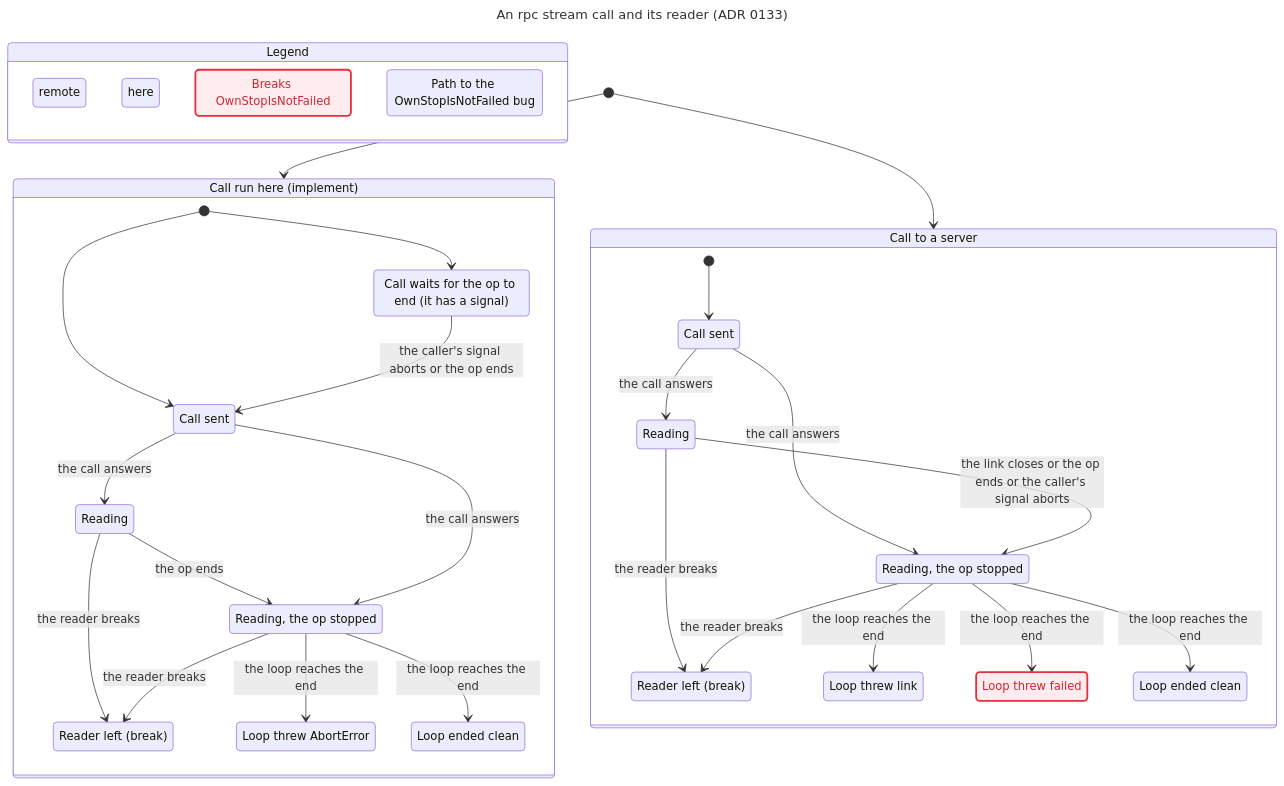
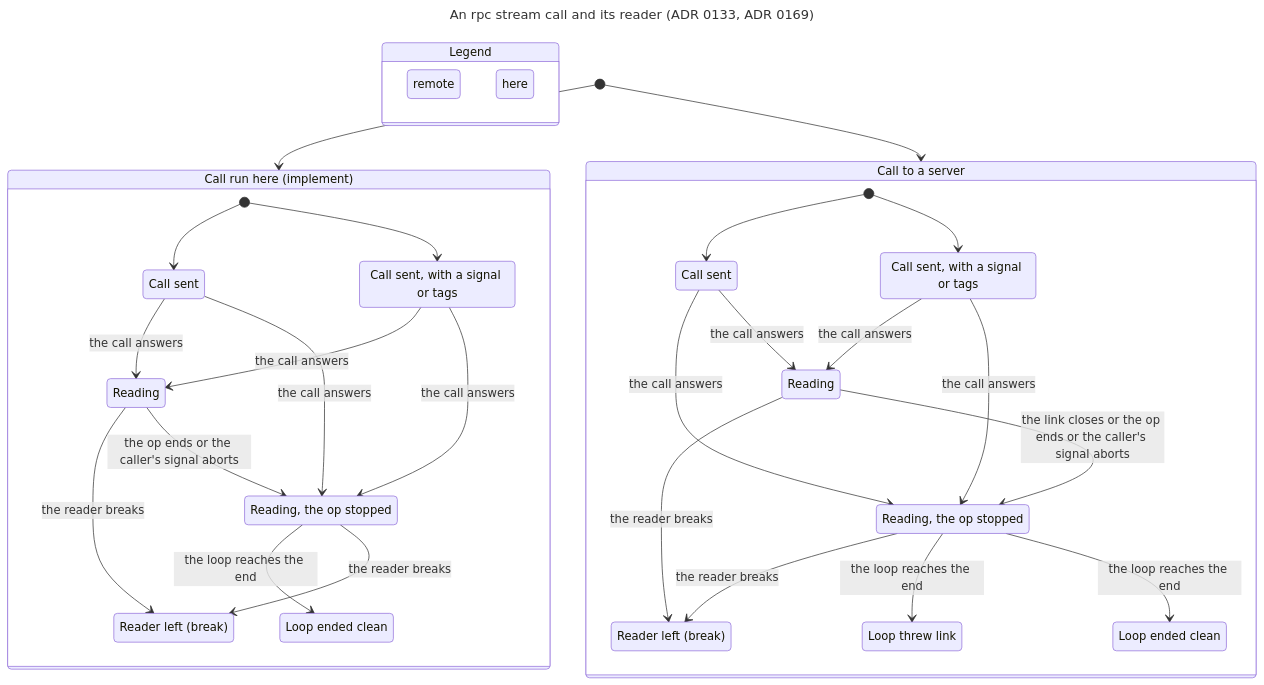
Before and after one commit to lagz0ne/tinkered: the diagram in docs/states/rpc-stream/chart.mmd, drawn with Mermaid. The commit also changed 16 other files, not shown here.

First line of the commit message:
fix(core): a stream call keeps its signal and tags for its stream (ADR 0169, core/stream-call-session)

```diff
--- a/docs/states/rpc-stream/chart.mmd
+++ b/docs/states/rpc-stream/chart.mmd
@@ -1,73 +1,63 @@
 ---
-title: "An rpc stream call and its reader (ADR 0133)"
+title: "An rpc stream call and its reader (ADR 0133, ADR 0169)"
 ---
 stateDiagram-v2
   state "Legend" as legend {
     lg0: remote
     lg1: here
-    lg2: Breaks OwnStopIsNotFailed
-    lg3: Path to the OwnStopIsNotFailed bug
   }
   class lg0 blue
   class lg1 teal
-  class lg2 breaks
-  class lg3 bugPath
   state "Call run here (implement)" as s0 {
     s1: Call sent
-    s2: Call waits for the op to end (it has a signal)
+    s2: Call sent, with a signal or tags
     s3: Reading
     s4: Reader left (break)
     s5: Reading, the op stopped
-    s6: Loop threw AbortError
-    s7: Loop ended clean
+    s6: Loop ended clean
     [*] --> s1
     [*] --> s2
   }
-  state "Call to a server" as s8 {
-    s9: Call sent
+  state "Call to a server" as s7 {
+    s8: Call sent
+    s9: Call sent, with a signal or tags
     s10: Reading
     s11: Reading, the op stopped
     s12: Reader left (break)
     s13: Loop threw link
-    s14: Loop threw failed
-    s15: Loop ended clean
+    s14: Loop ended clean
+    [*] --> s8
     [*] --> s9
   }
   [*] --> s0
-  [*] --> s8
+  [*] --> s7
   s1 --> s3: the call answers
+  s8 --> s10: the call answers
+  s2 --> s3: the call answers
   s9 --> s10: the call answers
-  s2 --> s1: the caller's signal aborts or the op ends
+  s8 --> s11: the call answers
   s9 --> s11: the call answers
+  s2 --> s5: the call answers
   s1 --> s5: the call answers
   s3 --> s4: the reader breaks
-  s3 --> s5: the op ends
+  s3 --> s5: the op ends or the caller's signal aborts
   s10 --> s11: the link closes or the op ends or the caller's signal aborts
   s10 --> s12: the reader breaks
   s11 --> s12: the reader breaks
   s11 --> s13: the loop reaches the end
+  s5 --> s6: the loop reaches the end
   s5 --> s4: the reader breaks
-  s5 --> s6: the loop reaches the end
   s11 --> s14: the loop reaches the end
-  s5 --> s7: the loop reaches the end
-  s11 --> s15: the loop reaches the end
-  classDef breaks fill:#ffecee,stroke:#e72e3b,stroke-width:2.5px,color:#cd2834
   class s1 teal
   class s2 teal
   class s3 teal
   class s4 teal
   class s5 teal
   class s6 teal
-  class s7 teal
+  class s8 blue
   class s9 blue
-  class s9 bugPath
   class s10 blue
-  class s10 bugPath
   class s11 blue
-  class s11 bugPath
   class s12 blue
   class s13 blue
   class s14 blue
-  class s14 breaks
-  class s14 bugPath
-  class s15 blue
```
